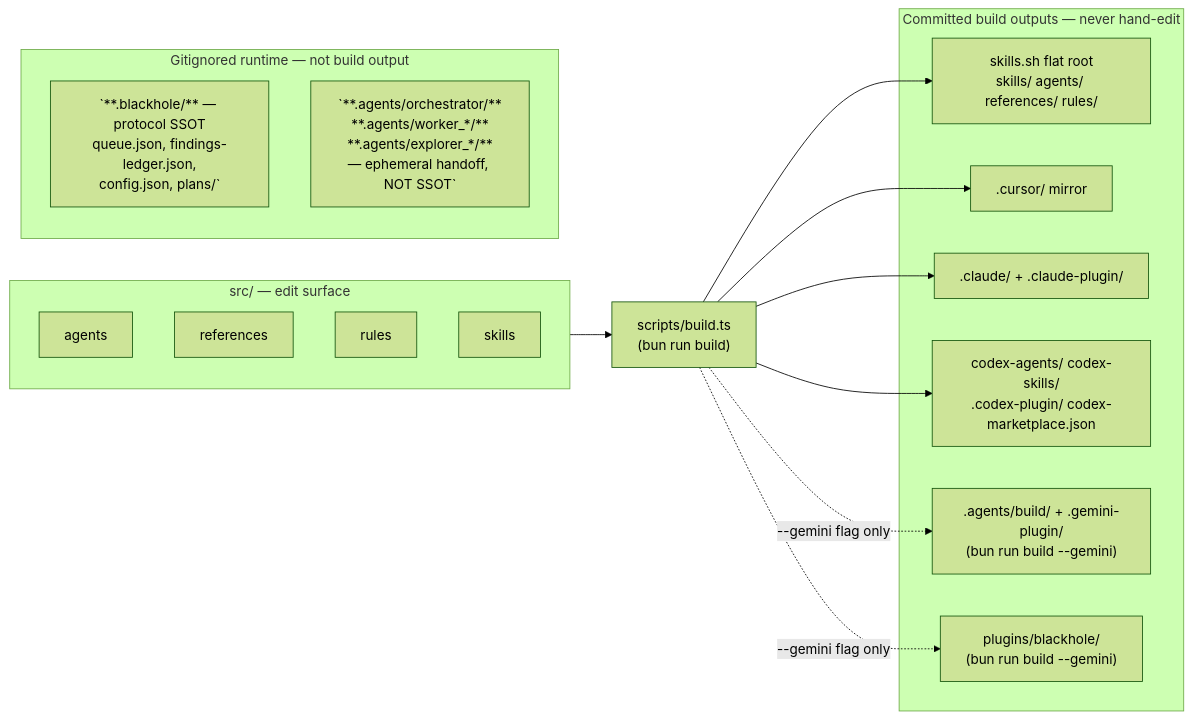
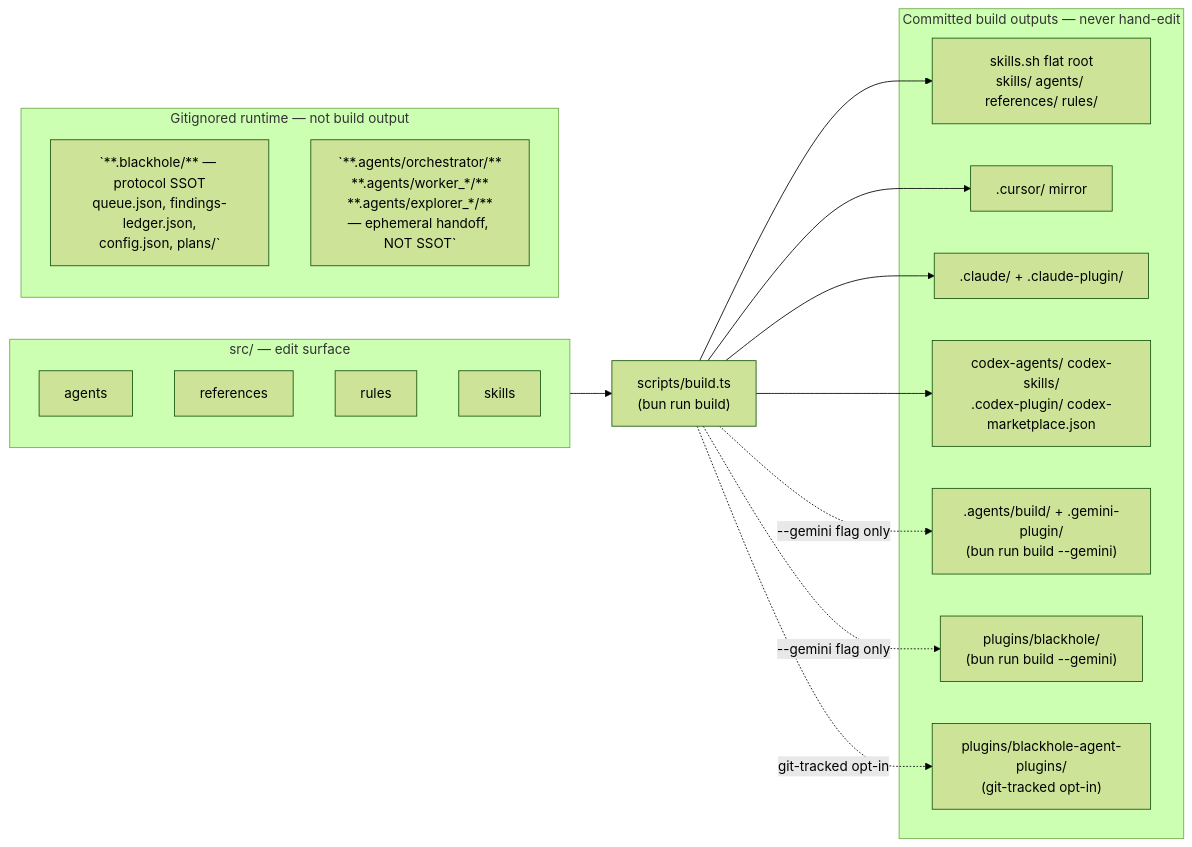
Before and after one commit to CorentinLumineau/blackhole: the diagram in documentation/architecture.md, drawn with Mermaid (forest theme). The commit also changed other lines of this file and 70 other files, not shown here.

First line of the commit message:
feat(build): add agent-plugins.org Target F distribution bundle (#484)

````diff
--- a/documentation/architecture.md
+++ b/documentation/architecture.md
@@ -17,33 +17,35 @@
 ```mermaid
 flowchart LR
     subgraph SRC["src/ — edit surface"]
         A1[agents]
         A2[references]
         A3[rules]
         A4[skills]
     end
 
     BUILD["scripts/build.ts<br/>(bun run build)"]
 
     subgraph OUT["Committed build outputs — never hand-edit"]
         O1[skills.sh flat root<br/>skills/ agents/ references/ rules/]
         O2[.cursor/ mirror]
         O3[.claude/ + .claude-plugin/]
         O4[codex-agents/ codex-skills/<br/>.codex-plugin/ codex-marketplace.json]
         O5[".agents/build/ + .gemini-plugin/<br/>(bun run build --gemini)"]
         O6["plugins/blackhole/<br/>(bun run build --gemini)"]
+        O7["plugins/blackhole-agent-plugins/<br/>(git-tracked opt-in)"]
     end
 
     SRC --> BUILD --> O1
     BUILD --> O2
     BUILD --> O3
     BUILD --> O4
     BUILD -. "--gemini flag only" .-> O5
     BUILD -. "--gemini flag only" .-> O6
+    BUILD -. "git-tracked opt-in" .-> O7
 
     subgraph RUNTIME["Gitignored runtime — not build output"]
         direction TB
         R1[`**.blackhole/** — protocol SSOT<br/>queue.json, findings-ledger.json,<br/>config.json, plans/`]
         R2[`**.agents/orchestrator/**<br/>**.agents/worker_*/**<br/>**.agents/explorer_*/**<br/>— ephemeral handoff, NOT SSOT`]
     end
 ```
````
